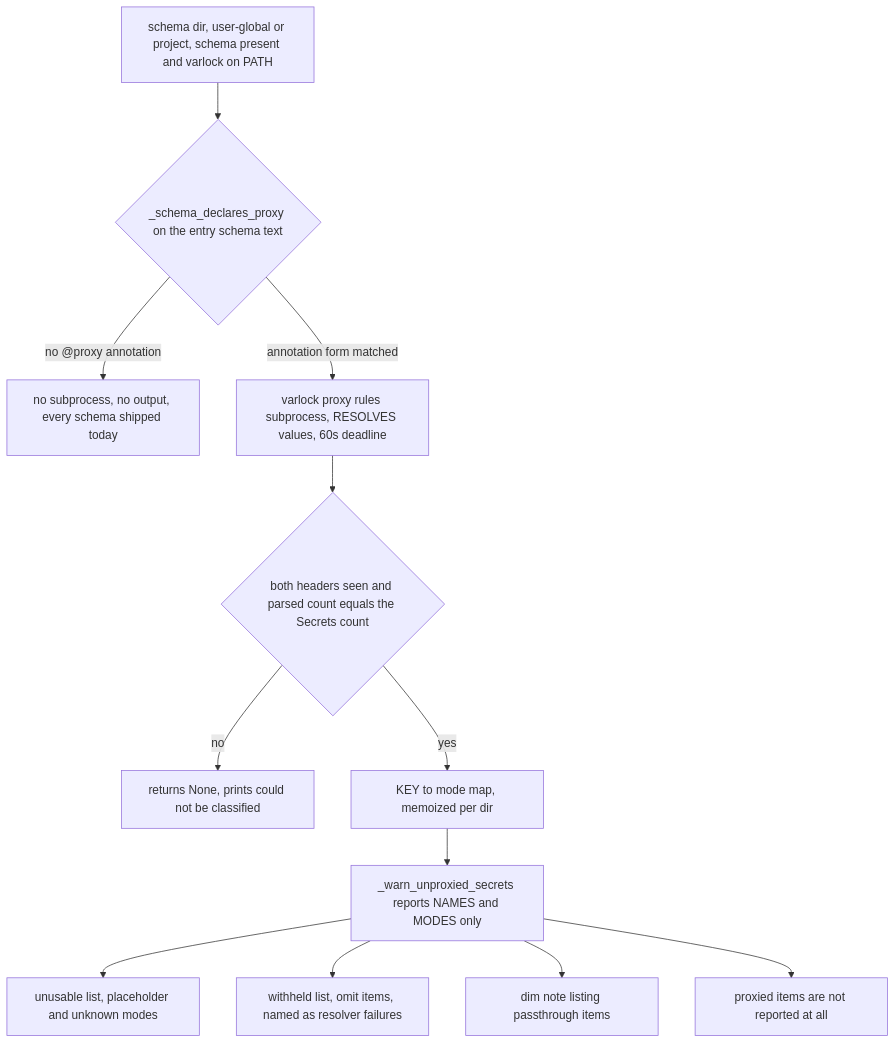
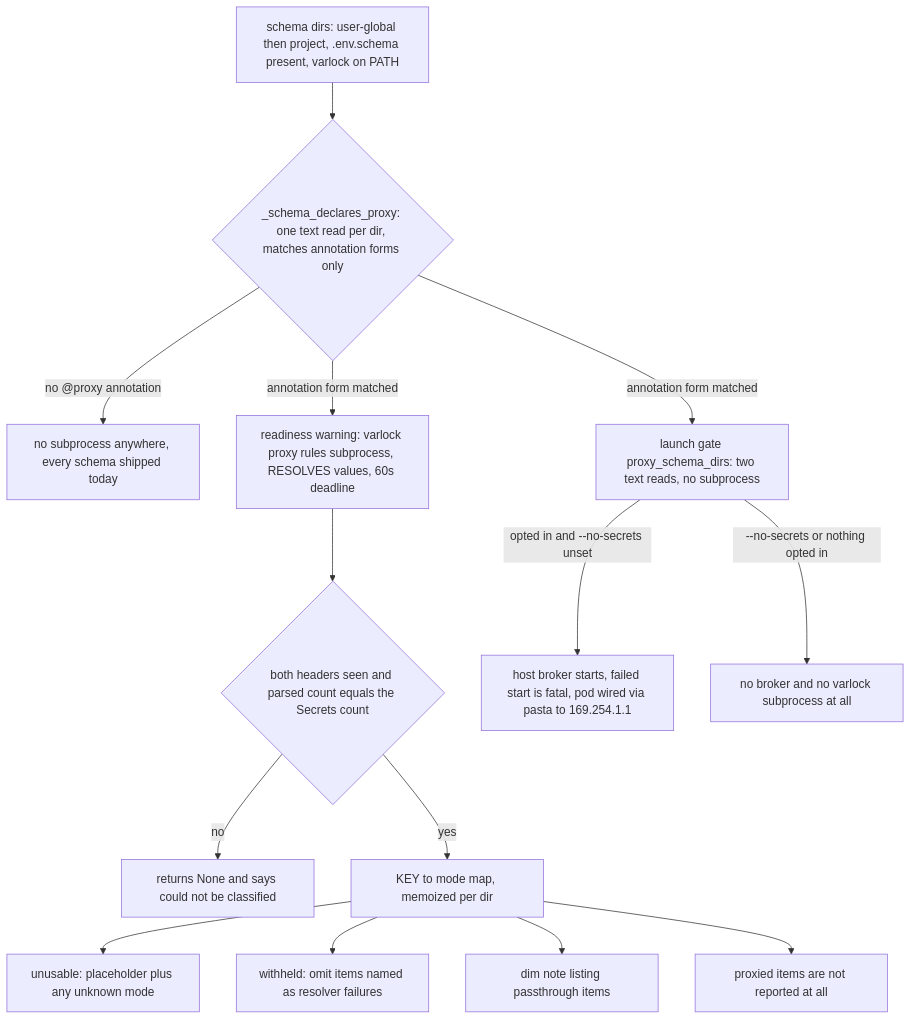
One commit to drmikecrowe/harnessed changed the diagram in openwiki/concepts/credential-proxy.md. Above: the diagram before and after it, drawn with Mermaid. The commit also changed other lines of this file and 25 other files, not shown here.

````diff
--- a/openwiki/concepts/credential-proxy.md
+++ b/openwiki/concepts/credential-proxy.md
@@ -58,16 +92,18 @@
 ```mermaid
 flowchart TD
-    S["schema dir, user-global or project, schema present and varlock on PATH"]
-    G{"_schema_declares_proxy on the entry schema text"}
+    S["schema dirs: user-global then project, .env.schema present, varlock on PATH"]
+    G{"_schema_declares_proxy: one text read per dir, matches annotation forms only"}
     S --> G
-    G -->|"no @proxy annotation"| SKIP["no subprocess, no output, every schema shipped today"]
-    G -->|"annotation form matched"| RULES["varlock proxy rules subprocess, RESOLVES values, 60s deadline"]
+    G -->|"no @proxy annotation"| SKIP["no subprocess anywhere, every schema shipped today"]
+    G -->|"annotation form matched"| RULES["readiness warning: varlock proxy rules subprocess, RESOLVES values, 60s deadline"]
+    G -->|"annotation form matched"| BGATE["launch gate proxy_schema_dirs: two text reads, no subprocess"]
     RULES --> TRUST{"both headers seen and parsed count equals the Secrets count"}
-    TRUST -->|"no"| REFUSE["returns None, prints could not be classified"]
+    TRUST -->|"no"| REFUSE["returns None and says could not be classified"]
     TRUST -->|"yes"| MAP["KEY to mode map, memoized per dir"]
-    MAP --> REPORT["_warn_unproxied_secrets reports NAMES and MODES only"]
-    REPORT --> U["unusable list, placeholder and unknown modes"]
-    REPORT --> W["withheld list, omit items, named as resolver failures"]
-    REPORT --> P["dim note listing passthrough items"]
-    REPORT --> OK["proxied items are not reported at all"]
+    MAP --> U["unusable: placeholder plus any unknown mode"]
+    MAP --> W["withheld: omit items named as resolver failures"]
+    MAP --> P["dim note listing passthrough items"]
+    MAP --> OK["proxied items are not reported at all"]
+    BGATE -->|"opted in and --no-secrets unset"| BROKER["host broker starts, failed start is fatal, pod wired via pasta to 169.254.1.1"]
+    BGATE -->|"--no-secrets or nothing opted in"| NOB["no broker and no varlock subprocess at all"]
 ```
````
